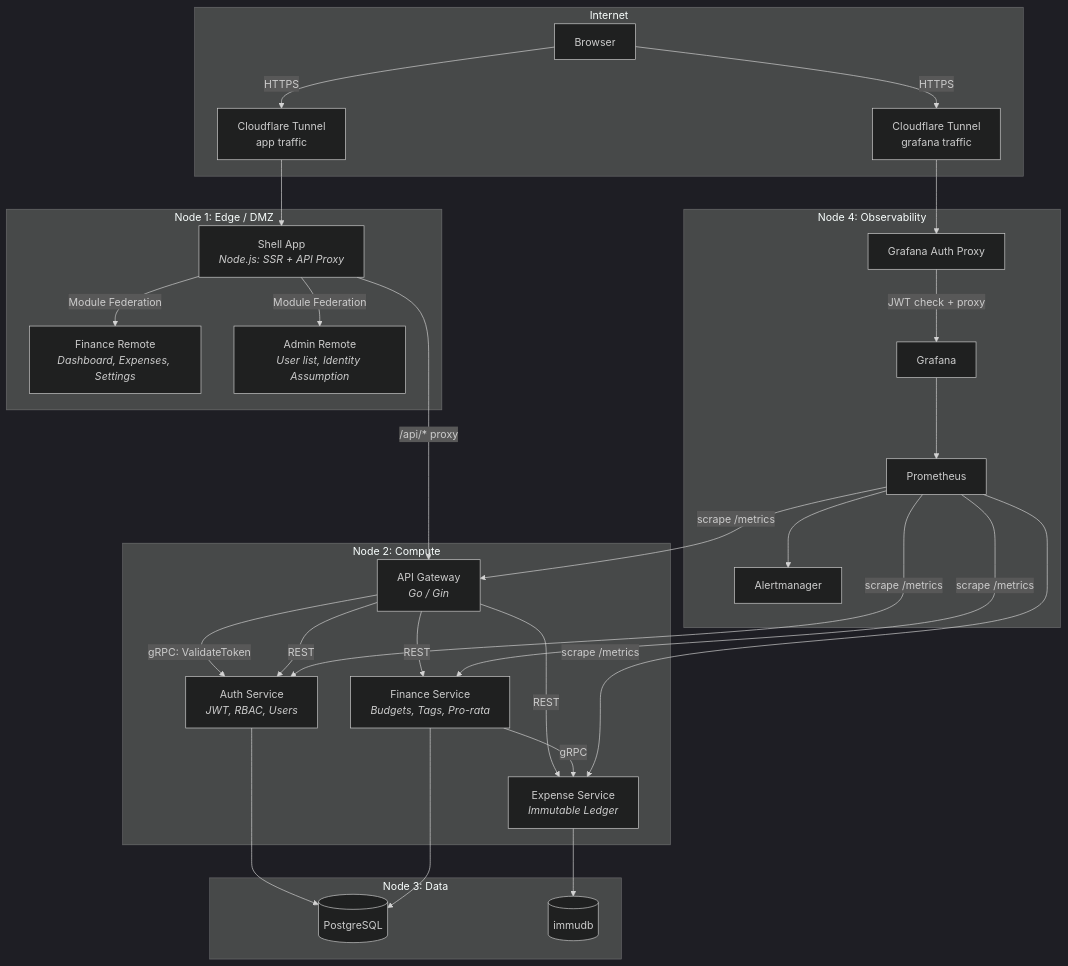
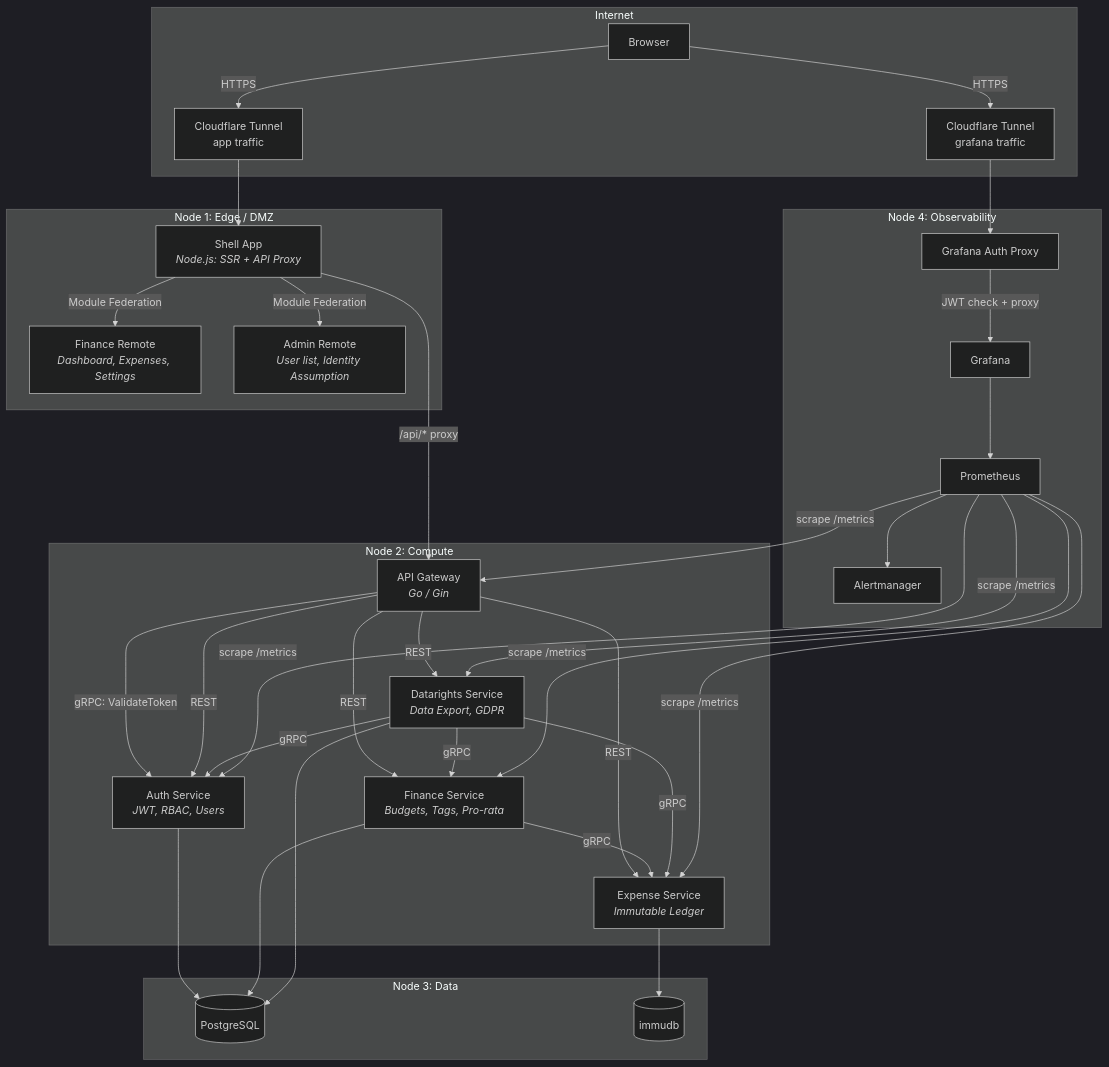
One commit to ItsThompson/gofin changed the diagram in README.md. Above: the diagram before and after it, drawn with Mermaid (dark theme). The commit also changed other lines of this file, not shown here.

Commit message:
docs(readme): add datarights service to architecture diagram
- Add DR node to Node 2 with gRPC connections to Auth, Expense, Finance
- Add DR → PG data connection and Prometheus scrape target
- Mention GDPR data export in features introduction
- Add Data Export row to Further Reading table

````diff
--- a/README.md
+++ b/README.md
@@ -44,58 +44,65 @@
 ```mermaid
 graph TB
     subgraph Internet
         Browser[Browser]
         CFApp[Cloudflare Tunnel<br/>app traffic]
         CFGraf[Cloudflare Tunnel<br/>grafana traffic]
     end
 
     subgraph Node1[Node 1: Edge / DMZ]
         Shell[Shell App<br/><i>Node.js: SSR + API Proxy</i>]
         FinMFE[Finance Remote<br/><i>Dashboard, Expenses, Settings</i>]
         AdminMFE[Admin Remote<br/><i>User list, Identity Assumption</i>]
     end
 
     subgraph Node2[Node 2: Compute]
         GW[API Gateway<br/><i>Go / Gin</i>]
         Auth[Auth Service<br/><i>JWT, RBAC, Users</i>]
         Expense[Expense Service<br/><i>Immutable Ledger</i>]
         Finance[Finance Service<br/><i>Budgets, Tags, Pro-rata</i>]
+        DR[Datarights Service<br/><i>Data Export, GDPR</i>]
     end
 
     subgraph Node3[Node 3: Data]
         PG[(PostgreSQL)]
         Immudb[(immudb)]
     end
 
     subgraph Node4[Node 4: Observability]
         AuthProxy[Grafana Auth Proxy]
         Grafana[Grafana]
         Prom[Prometheus]
         Alert[Alertmanager]
     end
 
     Browser -->|HTTPS| CFApp --> Shell
     Browser -->|HTTPS| CFGraf --> AuthProxy
 
     Shell -->|Module Federation| FinMFE
     Shell -->|Module Federation| AdminMFE
     Shell -->|/api/* proxy| GW
 
     GW -->|gRPC: ValidateToken| Auth
     GW -->|REST| Auth
     GW -->|REST| Expense
     GW -->|REST| Finance
+    GW -->|REST| DR
     Finance -->|gRPC| Expense
+    DR -->|gRPC| Auth
+    DR -->|gRPC| Expense
+    DR -->|gRPC| Finance
 
     Auth --> PG
     Finance --> PG
+    DR --> PG
     Expense --> Immudb
 
     AuthProxy -->|JWT check + proxy| Grafana
     Prom -->|scrape /metrics| GW
     Prom -->|scrape /metrics| Auth
     Prom -->|scrape /metrics| Expense
     Prom -->|scrape /metrics| Finance
+    Prom -->|scrape /metrics| DR
     Prom --> Alert
     Grafana --> Prom
 ```
````
